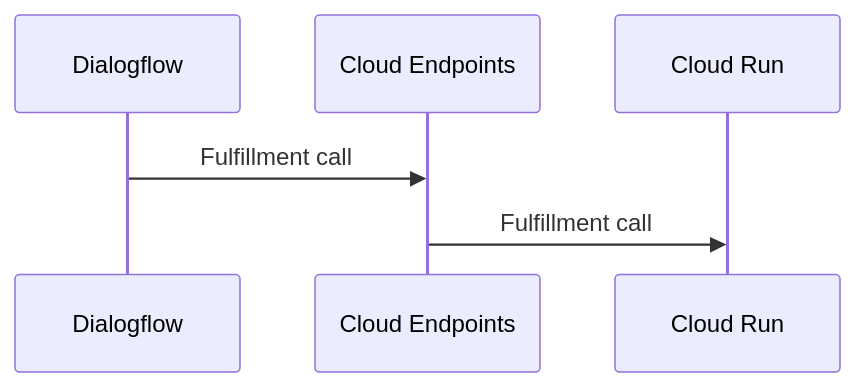
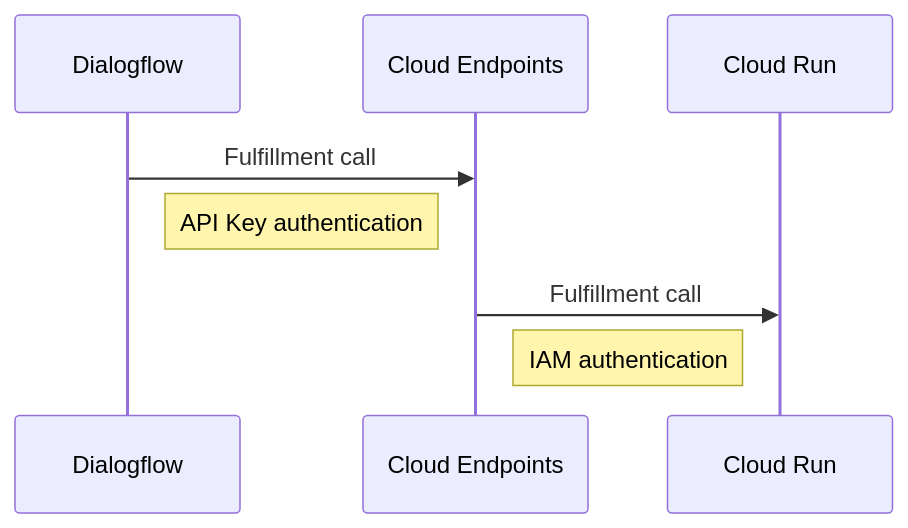
Before and after one commit to michael-chi/gcp-hands-on-conversational-ai: the diagram in doc/run-secure-cloud-run.md, drawn with Mermaid. The commit also changed other lines of this file and 5 other files, not shown here.

````diff
--- a/doc/run-secure-cloud-run.md
+++ b/doc/run-secure-cloud-run.md
@@ -6,6 +6,8 @@
 ```mermaid
 sequenceDiagram
 
 Dialogflow ->> Cloud Endpoints: Fulfillment call
+Note right of Dialogflow: API Key authentication
 Cloud Endpoints ->> Cloud Run: Fulfillment call
+Note right of Cloud Endpoints: IAM authentication
 ```
````
